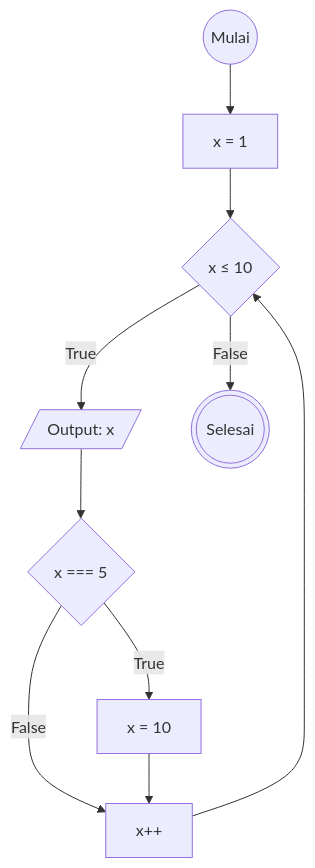
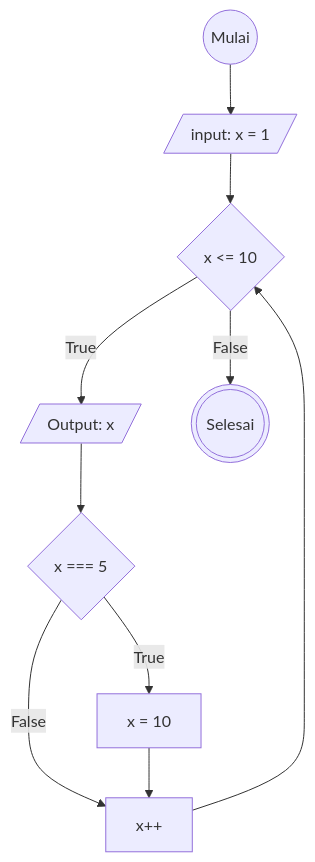
One commit to askadiliya/koda-b6-javascript1 changed the diagram in flowchart-loop.md. Above: the diagram before and after it, drawn with Mermaid.

````diff
--- a/flowchart-loop.md
+++ b/flowchart-loop.md
@@ -5,18 +5,18 @@
 ```mermaid
 flowchart TD
 A@{ shape: circle, label: "Mulai" }
-B@{ shape: rectangle, label: "x = 1" }
-C@{ shape: diamond, label: "x ≤ 10" }
+B@{ shape: lean-r, label: 'input: x = 1' }
+C@{ shape: diamond, label: "x <= 10" }
 D@{ shape: lean-r, label: "Output: x" }
 E@{ shape: diamond, label: "x === 5" }
 F@{ shape: rectangle, label: "x = 10" }
 G@{ shape: rectangle, label: "x++" }
 H@{ shape: dbl-circ, label: "Selesai" }
 
 A --> B --> C
 C -- True --> D --> E
 E -- False --> G --> C
 E -- True --> F --> G
 C -- False --> H
 
 ```
````
